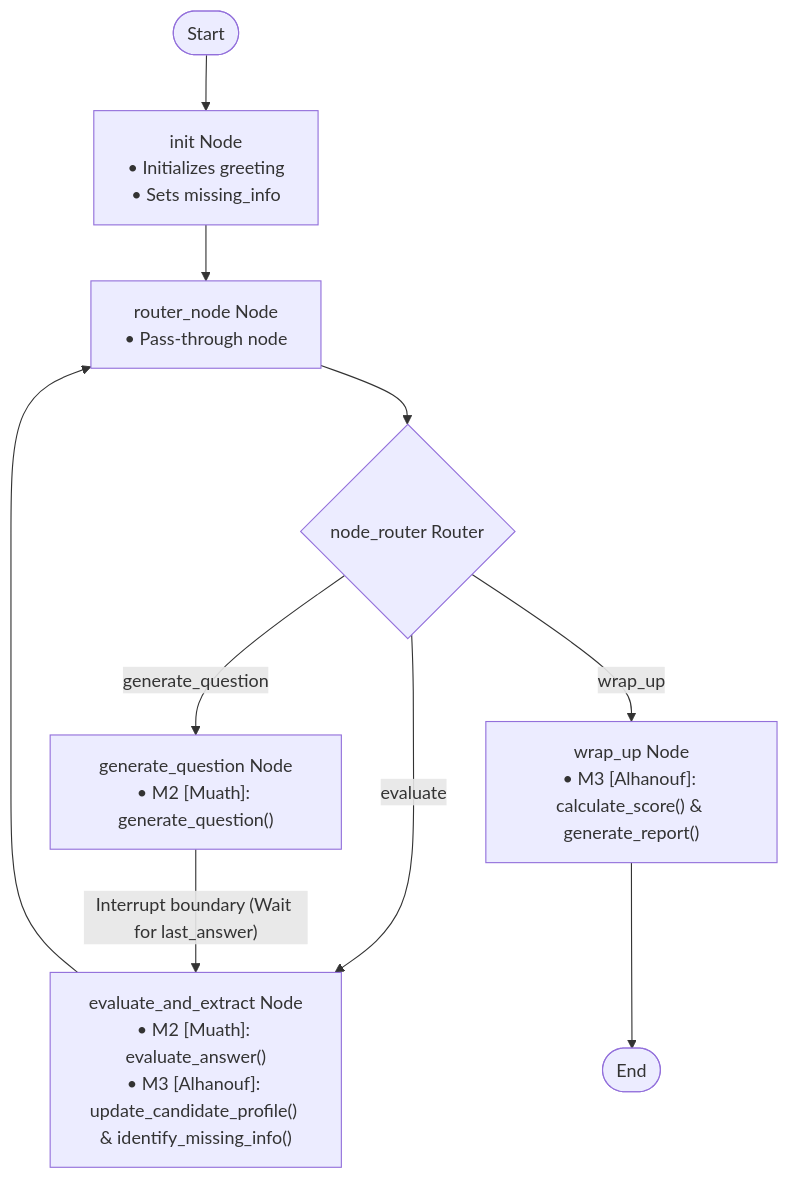
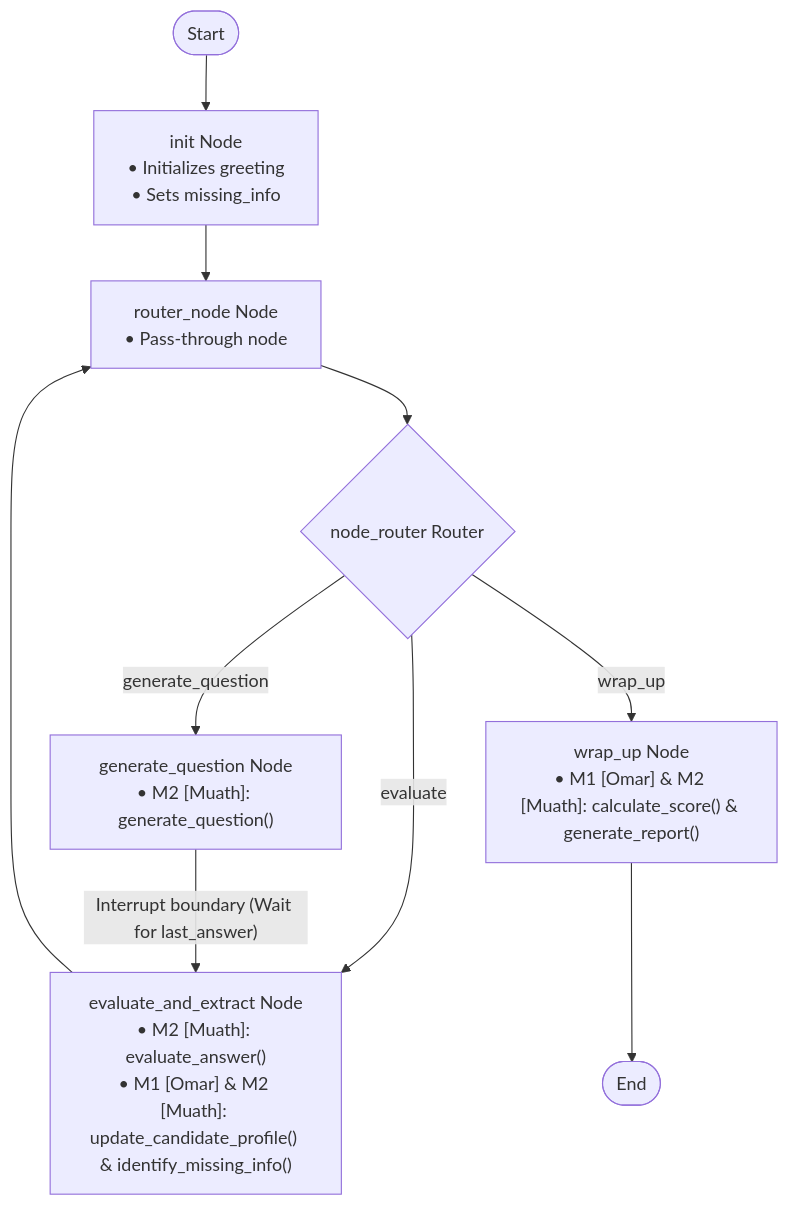
One commit to NBTON/AI-Interview-Agent changed the diagram in README.md. Above: the diagram before and after it, drawn with Mermaid. The commit also changed other lines of this file and 4 other files, not shown here.

Commit message:
feat: implement OpenAI inference with OpenRouter fallback, update DB schema, and update README attribution

````diff
--- a/README.md
+++ b/README.md
@@ -52,24 +52,24 @@
 ```mermaid
 graph TD
     __start__([Start]) --> init
     
     init["init Node<br>• Initializes greeting<br>• Sets missing_info"] 
     --> router_node
     
     router_node["router_node Node<br>• Pass-through node"]
     
     router_node --> node_router{node_router Router}
     
     node_router -- "evaluate" --> evaluate_and_extract
     node_router -- "generate_question" --> generate_question
     node_router -- "wrap_up" --> wrap_up
     
-    evaluate_and_extract["evaluate_and_extract Node<br>• M2 [Muath]: evaluate_answer()<br>• M3 [Alhanouf]: update_candidate_profile() & identify_missing_info()"] 
+    evaluate_and_extract["evaluate_and_extract Node<br>• M2 [Muath]: evaluate_answer()<br>• M1 [Omar] & M2 [Muath]: update_candidate_profile() & identify_missing_info()"] 
     --> router_node
     
     generate_question["generate_question Node<br>• M2 [Muath]: generate_question()"] 
     -- "Interrupt boundary (Wait for last_answer)" --> evaluate_and_extract
     
-    wrap_up["wrap_up Node<br>• M3 [Alhanouf]: calculate_score() & generate_report()"] 
+    wrap_up["wrap_up Node<br>• M1 [Omar] & M2 [Muath]: calculate_score() & generate_report()"] 
     --> __end__([End])
 ```
````
